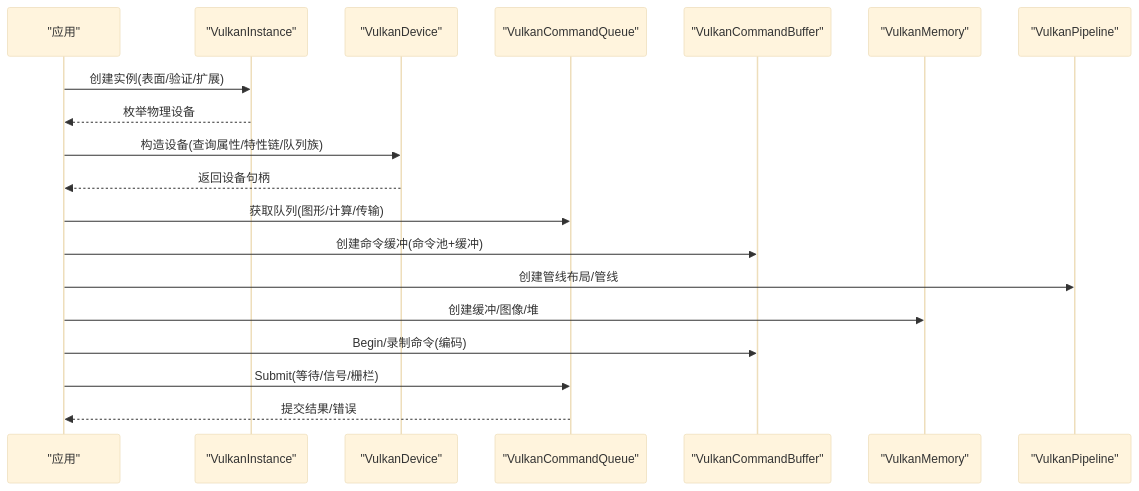
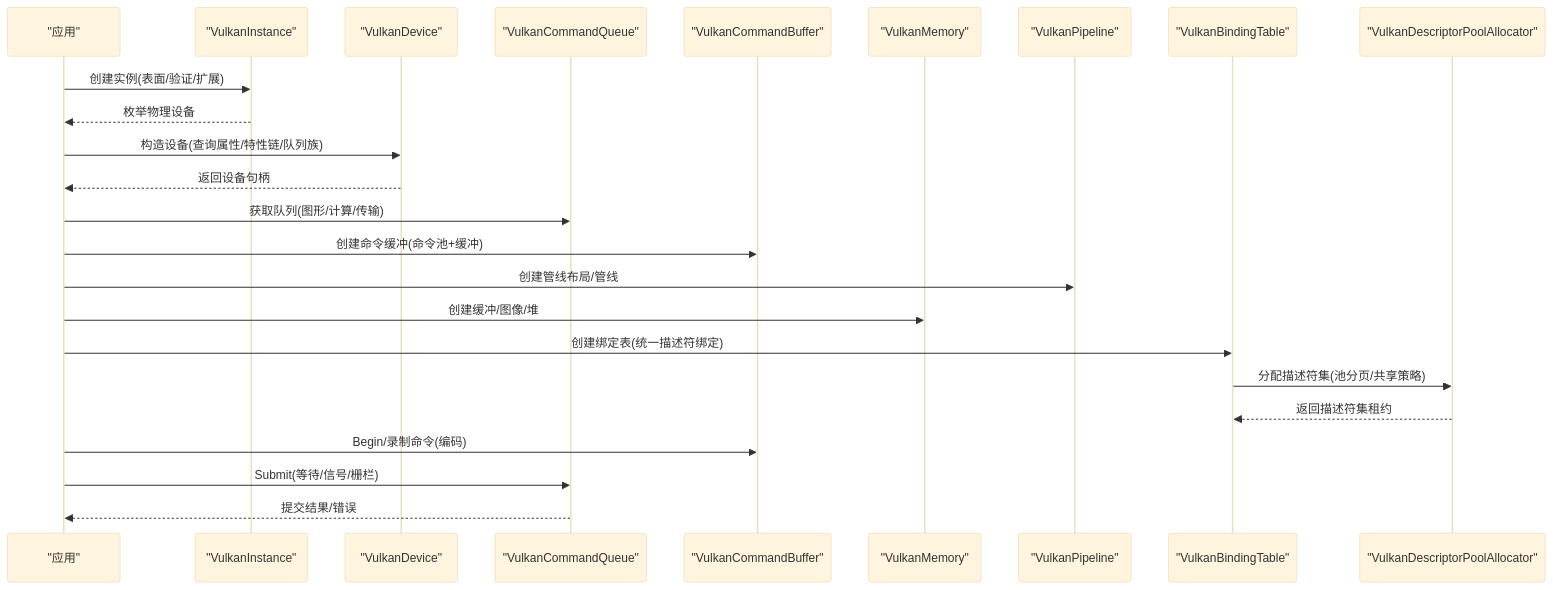
One commit to haolange/SharpGPU changed the second of 11 diagrams in .qoder/repowiki/zh/content/后端实现/Vulkan 后端.md. Above: the diagram before and after it, drawn with Mermaid (base theme). The commit also changed other lines of this file and 4 other files, not shown here.

````diff
--- a/.qoder/repowiki/zh/content/后端实现/Vulkan 后端.md
+++ b/.qoder/repowiki/zh/content/后端实现/Vulkan 后端.md
@@ -81,21 +96,26 @@
 ```mermaid
 sequenceDiagram
 participant App as "应用"
 participant Inst as "VulkanInstance"
 participant Dev as "VulkanDevice"
 participant Q as "VulkanCommandQueue"
 participant CB as "VulkanCommandBuffer"
 participant Mem as "VulkanMemory"
 participant Pip as "VulkanPipeline"
+participant BT as "VulkanBindingTable"
+participant DPA as "VulkanDescriptorPoolAllocator"
 App->>Inst : 创建实例(表面/验证/扩展)
 Inst-->>App : 枚举物理设备
 App->>Dev : 构造设备(查询属性/特性链/队列族)
 Dev-->>App : 返回设备句柄
 App->>Q : 获取队列(图形/计算/传输)
 App->>CB : 创建命令缓冲(命令池+缓冲)
 App->>Pip : 创建管线布局/管线
 App->>Mem : 创建缓冲/图像/堆
+App->>BT : 创建绑定表(统一描述符绑定)
+BT->>DPA : 分配描述符集(池分页/共享策略)
+DPA-->>BT : 返回描述符集租约
 App->>CB : Begin/录制命令(编码)
 App->>Q : Submit(等待/信号/栅栏)
 Q-->>App : 提交结果/错误
 ```
````
